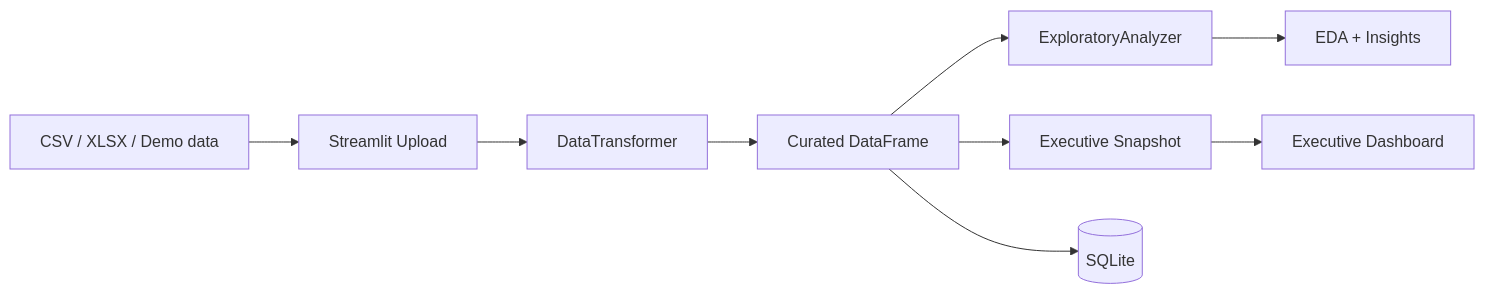
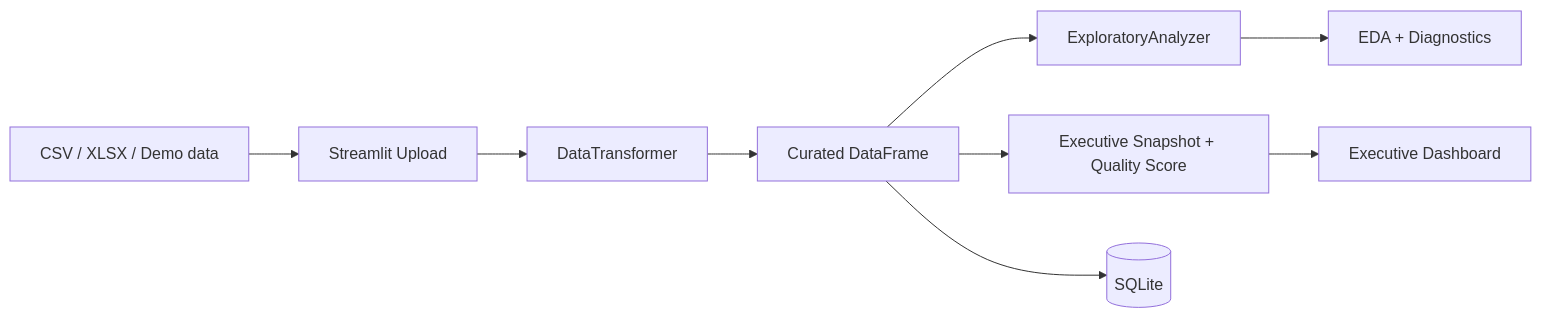
One commit to samuelmaia-analytics/data-senior-analytics changed the diagram in README.en.md. Above: the diagram before and after it, drawn with Mermaid. The commit also changed other lines of this file and 1 other file, not shown here.

````diff
--- a/README.en.md
+++ b/README.en.md
@@ -46,11 +48,11 @@
 ```mermaid
 flowchart LR
     A[CSV / XLSX / Demo data] --> B[Streamlit Upload]
     B --> C[DataTransformer]
     C --> D[Curated DataFrame]
     D --> E[ExploratoryAnalyzer]
-    D --> F[Executive Snapshot]
+    D --> F[Executive Snapshot + Quality Score]
     D --> G[(SQLite)]
-    E --> H[EDA + Insights]
+    E --> H[EDA + Diagnostics]
     F --> I[Executive Dashboard]
 ```
````
